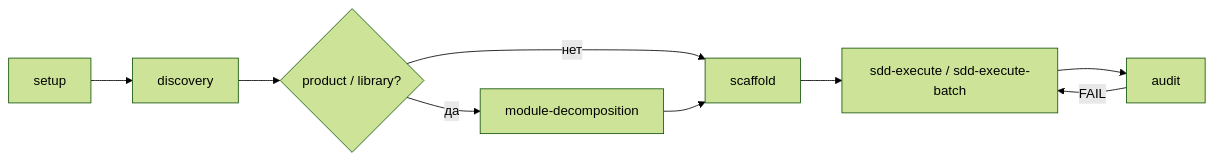
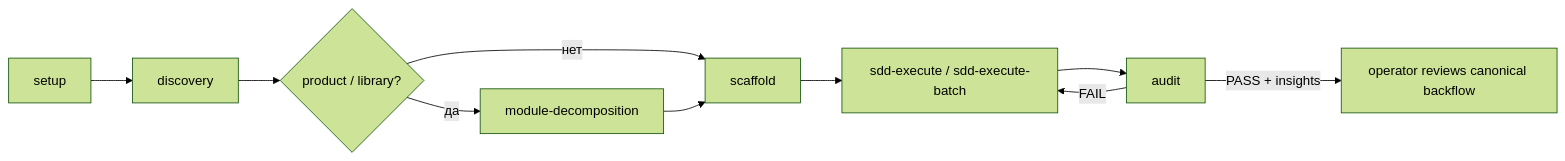
One commit to RubaXa/gennady changed the diagram in ai/directives/sdd/README.md. Above: the diagram before and after it, drawn with Mermaid (forest theme). The commit also changed other lines of this file and 27 other files, not shown here.

````diff
--- a/ai/directives/sdd/README.md
+++ b/ai/directives/sdd/README.md
@@ -10,11 +10,12 @@
 ```mermaid
 flowchart LR
     A[setup] --> B[discovery]
     B --> C{product / library?}
     C -->|да| D[module-decomposition]
     C -->|нет| E
     D --> E[scaffold]
     E --> F["sdd-execute / sdd-execute-batch"]
     F --> G[audit]
     G -->|FAIL| F
+    G -->|PASS + insights| H["operator reviews canonical backflow"]
 ```
````
